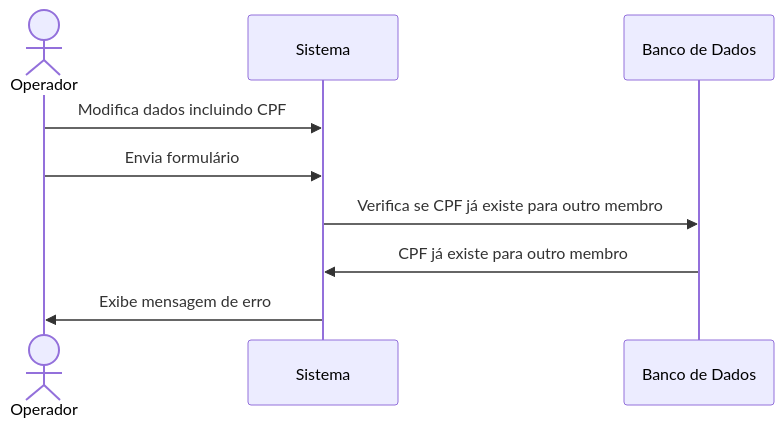
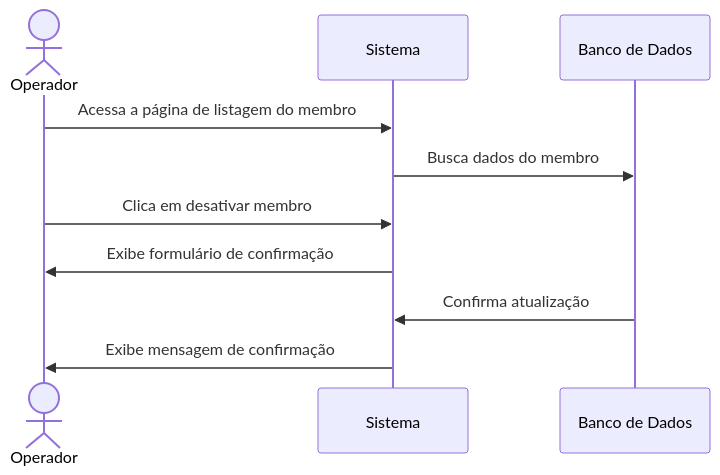
The diagram in Writerside/topics/RF07.md (Bomsalvez/quilombo-docs), drawn with Mermaid before and after one commit. The commit also changed other lines of this file and 34 other files, not shown here.

````diff
--- a/Writerside/topics/RF07.md
+++ b/Writerside/topics/RF07.md
@@ -91,12 +32,13 @@
 ```mermaid
 sequenceDiagram
     actor O as Operador
     participant S as Sistema
     participant BD as Banco de Dados
     
-    O->>S: Modifica dados incluindo CPF
-    O->>S: Envia formulário
-    S->>BD: Verifica se CPF já existe para outro membro
-    BD->>S: CPF já existe para outro membro
-    S->>O: Exibe mensagem de erro
+    O->>S: Acessa a página de listagem do membro
+    S->>BD: Busca dados do membro
+    O->>S: Clica em desativar membro
+    S->>O: Exibe formulário de confirmação
+    BD->>S: Confirma atualização
+    S->>O: Exibe mensagem de confirmação
 ```
````
